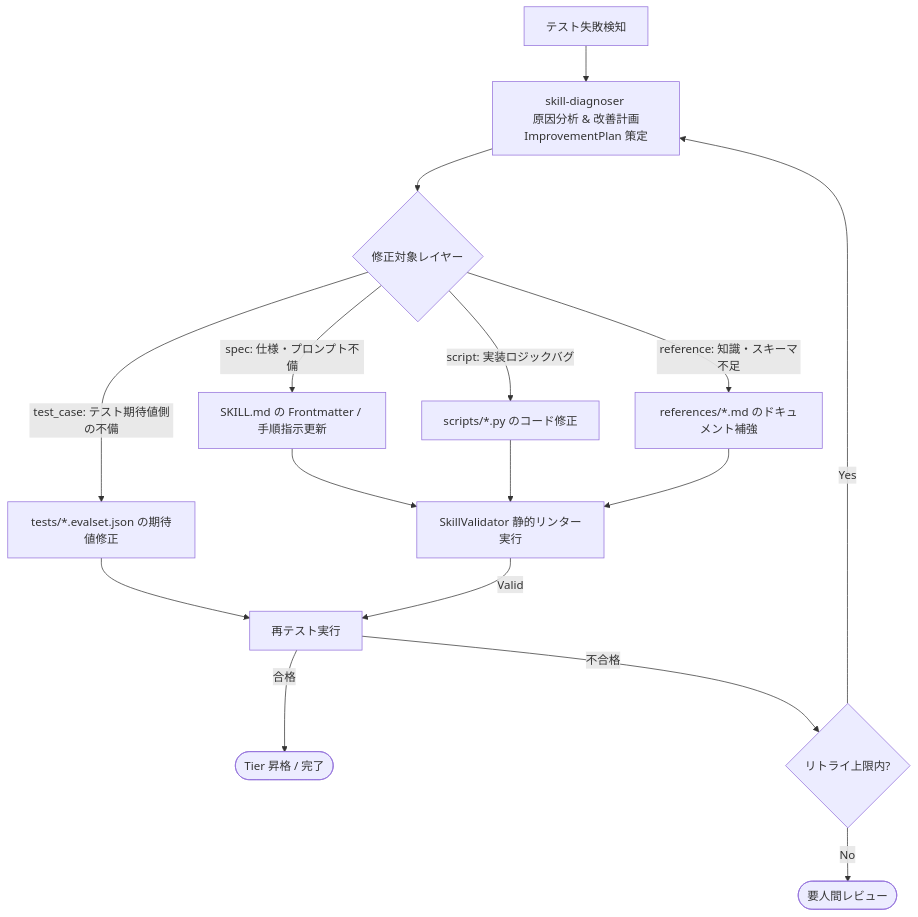
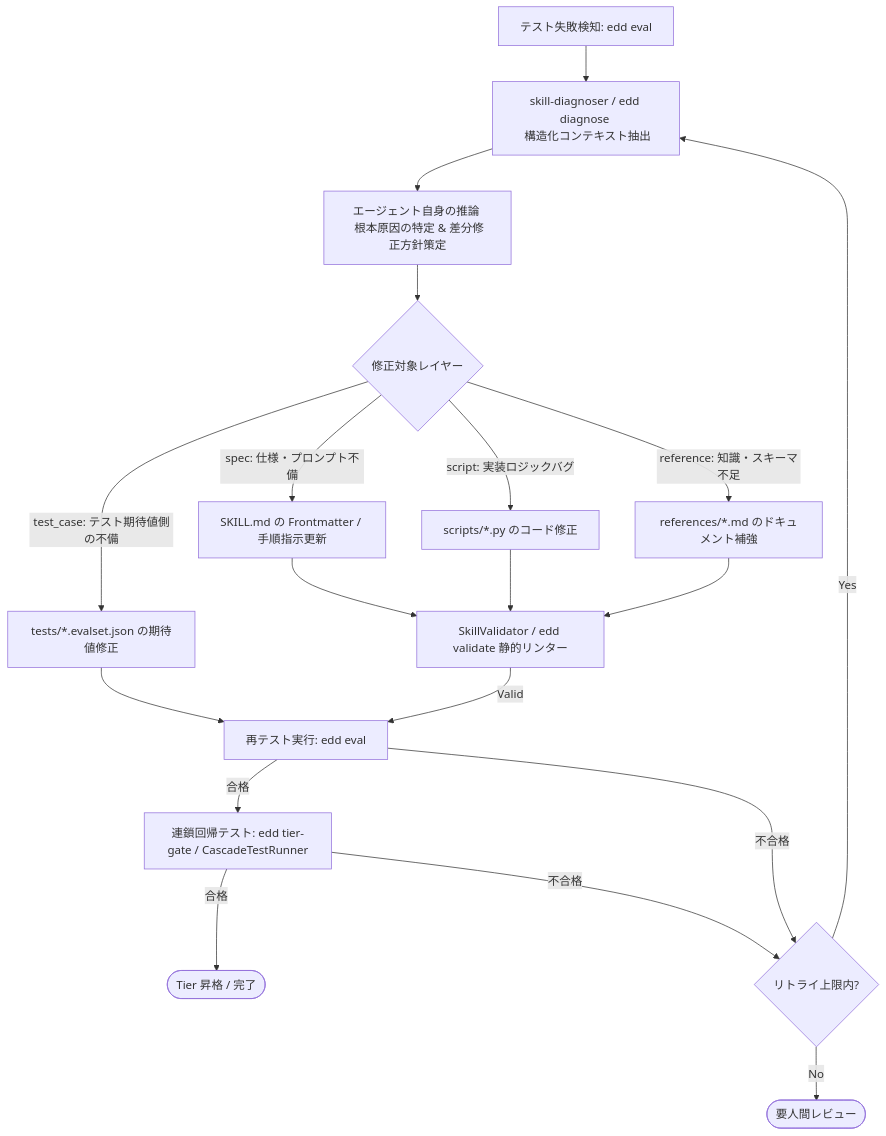
The diagram in self_improving_architecture_memo.md (magic-sword/skill-edd-agent), drawn with Mermaid before and after one commit. The commit also changed other lines of this file and 18 other files, not shown here.

````diff
--- a/self_improving_architecture_memo.md
+++ b/self_improving_architecture_memo.md
@@ -22,23 +22,27 @@
 ```mermaid
 flowchart TD
-    Err[テスト失敗検知] --> Diagnoser[skill-diagnoser <br/> 原因分析 & 改善計画 ImprovementPlan 策定]
+    Err[テスト失敗検知: edd eval] --> Diagnoser[skill-diagnoser / edd diagnose <br/> 構造化コンテキスト抽出]
     
-    Diagnoser --> Route{修正対象レイヤー}
+    Diagnoser --> AgentBrain[エージェント自身の推論 <br/> 根本原因の特定 & 差分修正方針策定]
+    
+    AgentBrain --> Route{修正対象レイヤー}
     
     Route -->|spec: 仕様・プロンプト不備| UpdateSpec[SKILL.md の Frontmatter / 手順指示更新]
     Route -->|script: 実装ロジックバグ| UpdateScript[scripts/*.py のコード修正]
     Route -->|reference: 知識・スキーマ不足| UpdateRef[references/*.md のドキュメント補強]
     Route -->|test_case: テスト期待値側の不備| UpdateTest[tests/*.evalset.json の期待値修正]
     
-    UpdateSpec --> Validator[SkillValidator 静的リンター実行]
+    UpdateSpec --> Validator[SkillValidator / edd validate 静的リンター]
     UpdateScript --> Validator
     UpdateRef --> Validator
-    UpdateTest --> ReTest[再テスト実行]
+    UpdateTest --> ReTest[再テスト実行: edd eval]
     
     Validator -->|Valid| ReTest
     
-    ReTest -->|合格| Success([Tier 昇格 / 完了])
-    ReTest -->|不合格| Retry{リトライ上限内?}
+    ReTest -->|合格| Cascade[連鎖回帰テスト: edd tier-gate / CascadeTestRunner]
+    Cascade -->|合格| Success([Tier 昇格 / 完了])
+    Cascade -->|不合格| Retry{リトライ上限内?}
+    ReTest -->|不合格| Retry
     Retry -->|Yes| Diagnoser
     Retry -->|No| Failed([要人間レビュー])
 ```
````
